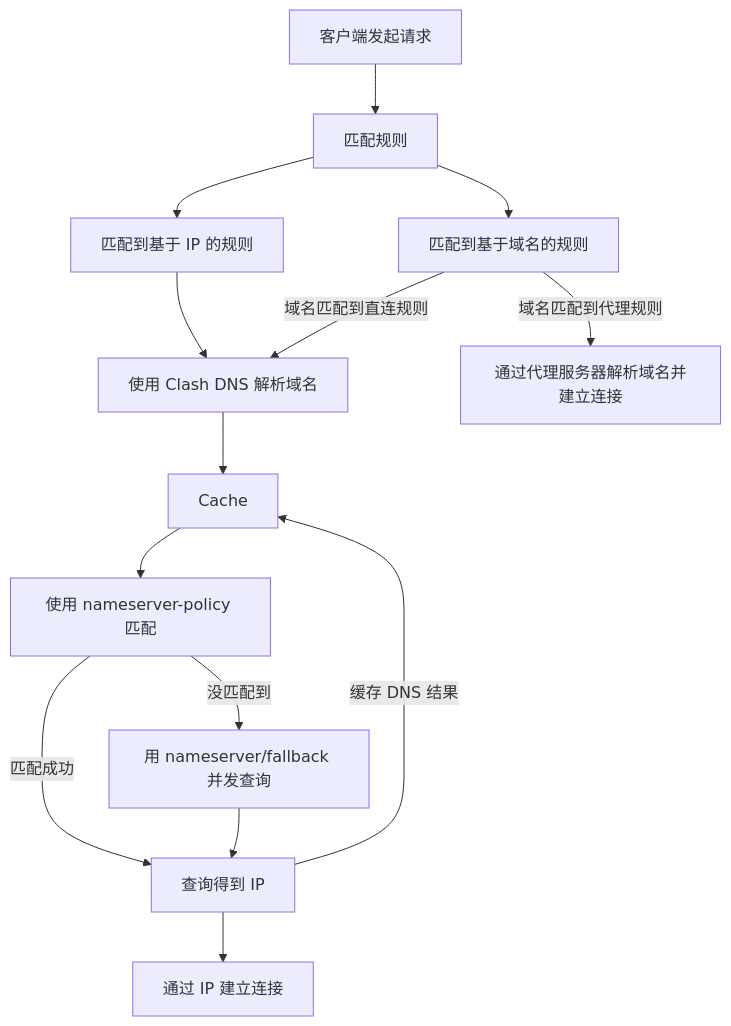
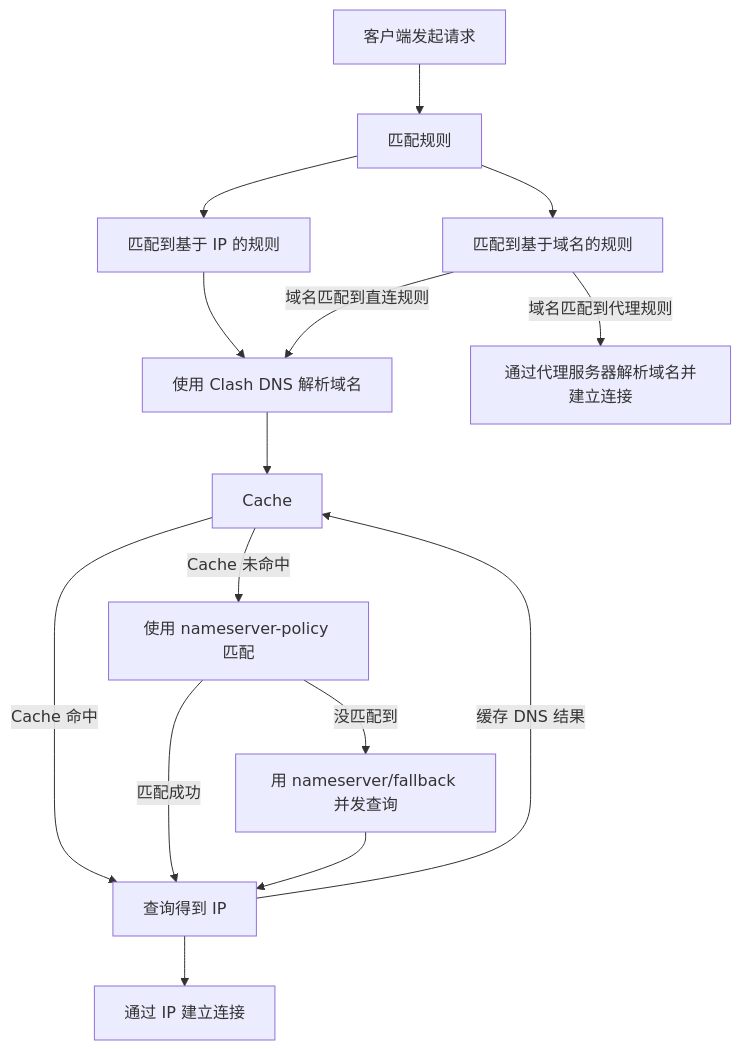
Before and after one commit to MetaCubeX/Meta-Docs: the diagram in docs/config/dns/diagram.md, drawn with Mermaid.

````diff
--- a/docs/config/dns/diagram.md
+++ b/docs/config/dns/diagram.md
@@ -3,17 +3,18 @@
 ```mermaid
 flowchart TD
   A[客户端发起请求] --> B[匹配规则]
   B --> IP[匹配到基于 IP 的规则]
   B -->  I[匹配到基于域名的规则]
   IP --> DNS[使用 Clash DNS 解析域名]
   DNS --> Cache
-  Cache --> NS[使用 nameserver-policy 匹配]
+  Cache --> |Cache 未命中|NS[使用 nameserver-policy 匹配]
+  Cache --> |Cache 命中|G
   NS --> |匹配成功| G[将查询到的 IP 用于匹配 IP 规则]
   NS --> |没匹配到| F[用 nameserver/fallback 并发查询]
 
   F --> G[查询得到 IP]
   G --> |缓存 DNS 结果 |Cache
   I --> |域名匹配到直连规则| DNS
   I --> |域名匹配到代理规则|L[通过代理服务器解析域名并建立连接]
   G --> S[通过 IP 建立连接]
 ```
````
